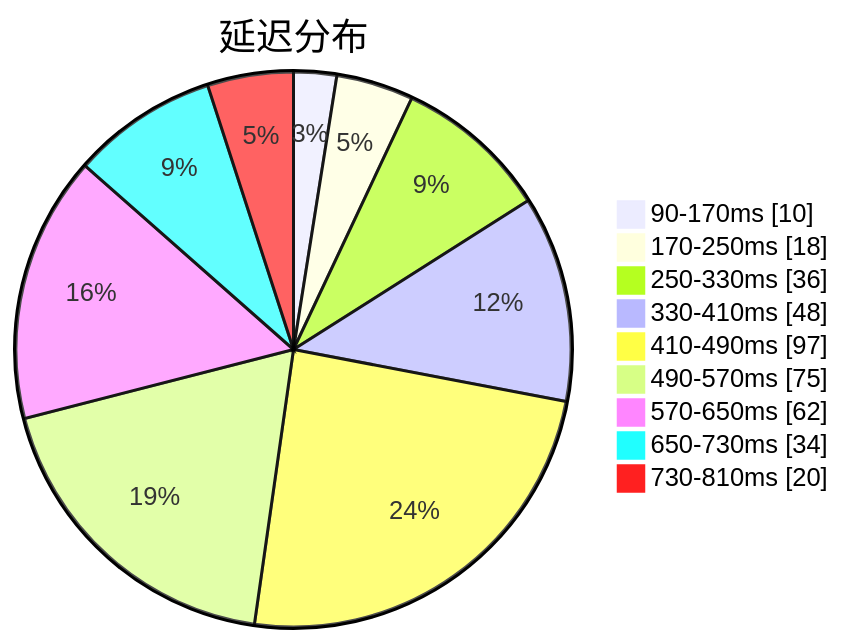
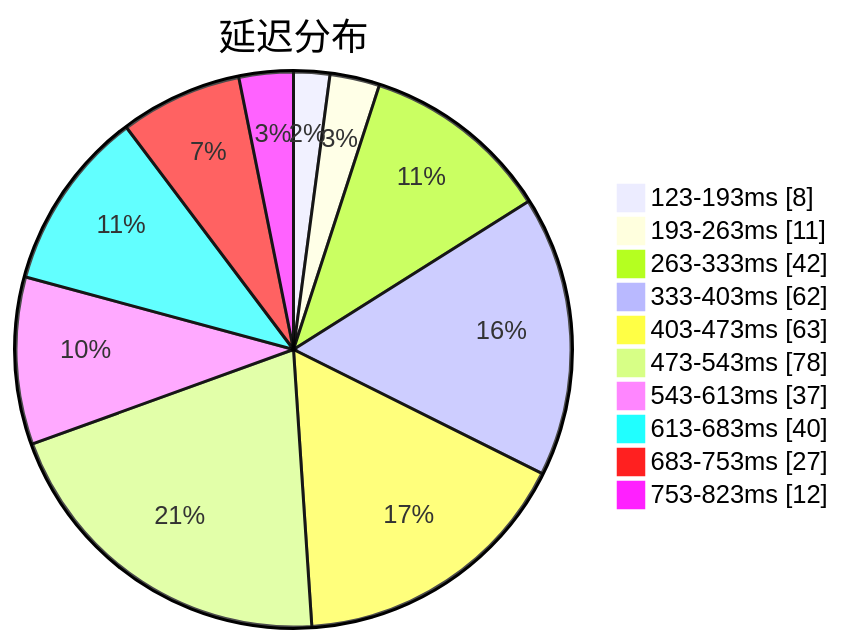
One commit to sinspired/airport changed the first of 3 diagrams in subs/statistics/tested_within.md. Above: the diagram before and after it, drawn with Mermaid. The commit also changed other lines of this file and 2 other files, not shown here.

````diff
--- a/subs/statistics/tested_within.md
+++ b/subs/statistics/tested_within.md
@@ -2,13 +2,14 @@
 ```mermaid
 pie showData
 title 延迟分布
-"90-170ms" : 10
-"170-250ms" : 18
-"250-330ms" : 36
-"330-410ms" : 48
-"410-490ms" : 97
-"490-570ms" : 75
-"570-650ms" : 62
-"650-730ms" : 34
-"730-810ms" : 20
+"123-193ms" : 8
+"193-263ms" : 11
+"263-333ms" : 42
+"333-403ms" : 62
+"403-473ms" : 63
+"473-543ms" : 78
+"543-613ms" : 37
+"613-683ms" : 40
+"683-753ms" : 27
+"753-823ms" : 12
 ```
````
